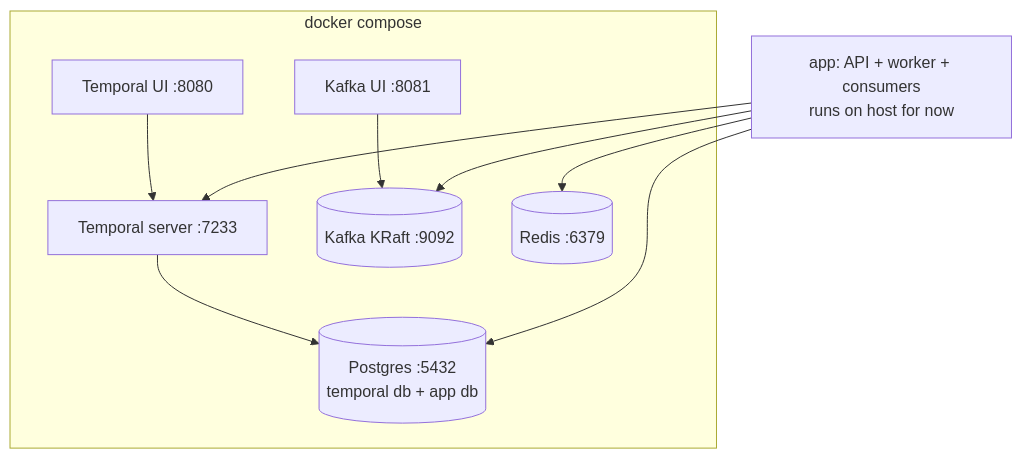
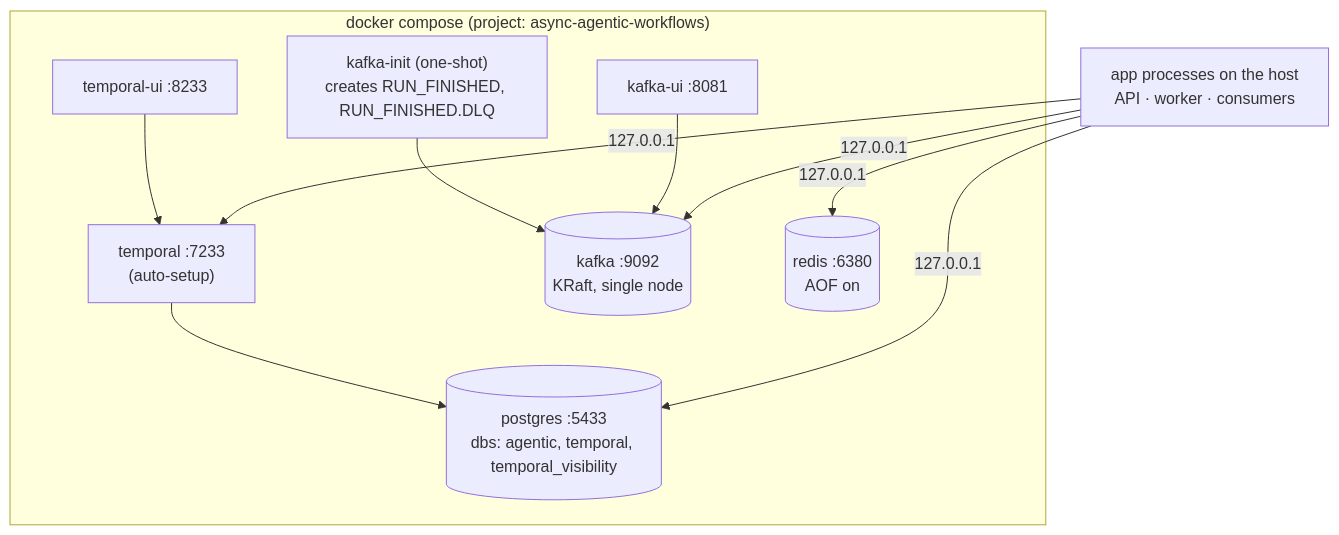
One commit to Anirudh1905/async-agentic-workflows changed the diagram in docs/phases/phase-2-infrastructure.md. Above: the diagram before and after it, drawn with Mermaid. The commit also changed other lines of this file and 8 other files, not shown here.

First line of the commit message:
Add Phase 2 infrastructure: Docker Compose stack for Postgres, Temporal, Kafka, Redis

````diff
--- a/docs/phases/phase-2-infrastructure.md
+++ b/docs/phases/phase-2-infrastructure.md
@@ -5,15 +5,17 @@
 ```mermaid
 flowchart TB
-    subgraph compose["docker compose"]
-        PG[(Postgres :5432<br/>temporal db + app db)]
-        TS[Temporal server :7233]
-        TUI[Temporal UI :8080]
-        K[(Kafka KRaft :9092)]
-        KUI[Kafka UI :8081]
-        R[(Redis :6379)]
+    subgraph compose["docker compose (project: async-agentic-workflows)"]
+        PG[("postgres :5433<br/>dbs: agentic, temporal, temporal_visibility")]
+        TS["temporal :7233<br/>(auto-setup)"]
+        TUI["temporal-ui :8233"]
+        K[("kafka :9092<br/>KRaft, single node")]
+        KI["kafka-init (one-shot)<br/>creates RUN_FINISHED, RUN_FINISHED.DLQ"]
+        KUI["kafka-ui :8081"]
+        R[("redis :6380<br/>AOF on")]
         TS --> PG
         TUI --> TS
+        KI --> K
         KUI --> K
     end
-    APP[app: API + worker + consumers<br/>runs on host for now] --> TS & K & R & PG
+    APP["app processes on the host<br/>API · worker · consumers"] -->|127.0.0.1| TS & K & R & PG
 ```
````
